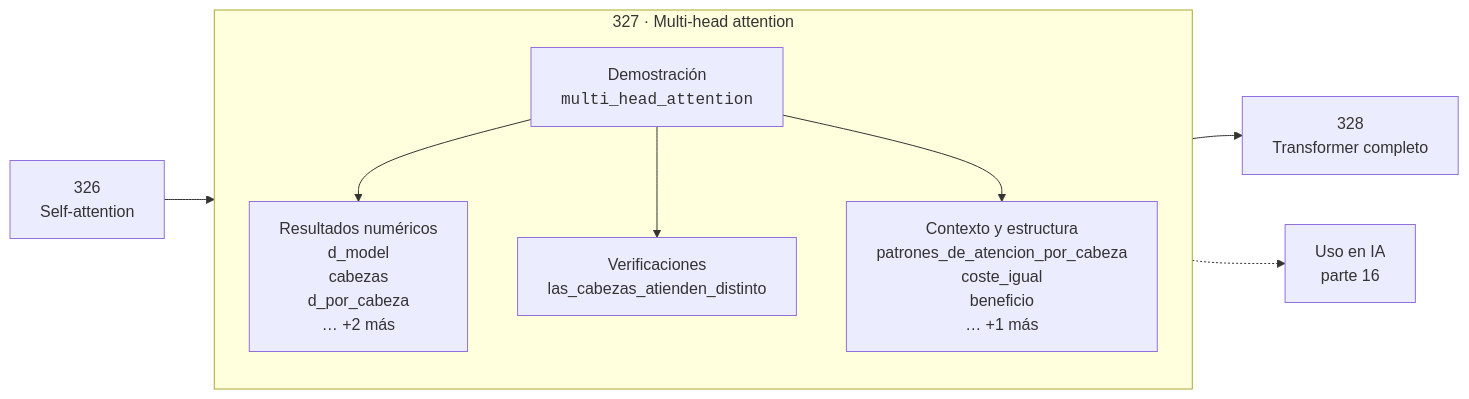
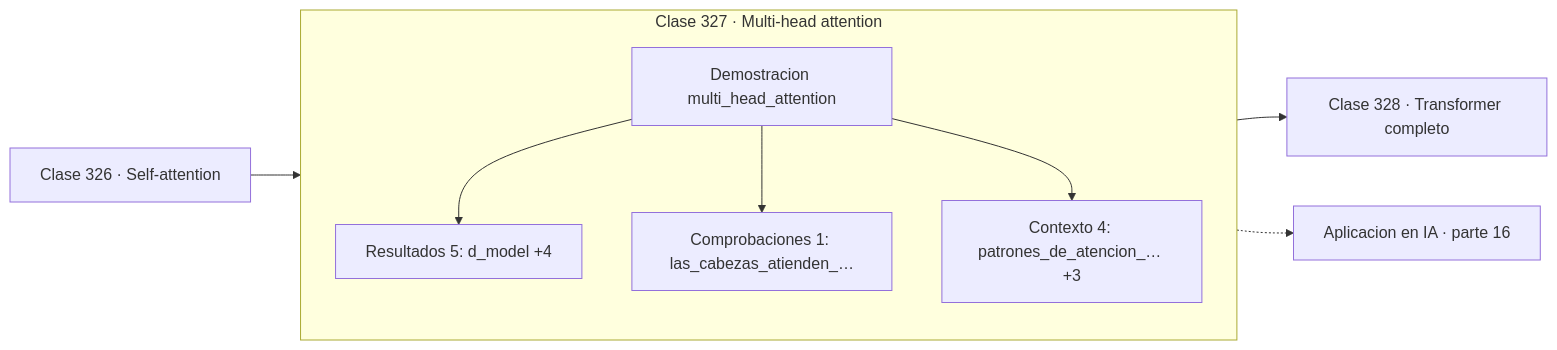
One commit to vladimiracunadev-create/computational-mathematics-program changed the diagram in classes/part-16-matematica-de-transformers-modelos-generativos-grafos-y-rl/327-multi-head-attention/README.md. Above: the diagram before and after it, drawn with Mermaid. The commit also changed 389 other files, not shown here.

First line of the commit message:
fix(diagramas): elimina el HTML de las etiquetas Mermaid

````diff
--- a/classes/part-16-matematica-de-transformers-modelos-generativos-grafos-y-rl/327-multi-head-attention/README.md
+++ b/classes/part-16-matematica-de-transformers-modelos-generativos-grafos-y-rl/327-multi-head-attention/README.md
@@ -30,12 +30,13 @@
 ```mermaid
 flowchart LR
-    P["326<br/>Self-attention"] --> C
-    subgraph C["327 · Multi-head attention"]
+    P["Clase 326 · Self-attention"] --> D
+    subgraph CLASE["Clase 327 · Multi-head attention"]
         direction TB
-        D["Demostración<br/><code>multi_head_attention</code>"] --> R["Resultados numéricos<br/>d_model<br/>cabezas<br/>d_por_cabeza<br/>… +2 más"]
-        D --> V["Verificaciones<br/>las_cabezas_atienden_distinto"]
-        D --> O["Contexto y estructura<br/>patrones_de_atencion_por_cabeza<br/>coste_igual<br/>beneficio<br/>… +1 más"]
+        D["Demostracion multi_head_attention"]
+        D --> R["Resultados 5: d_model +4"]
+        D --> V["Comprobaciones 1: las_cabezas_atienden_…"]
+        D --> O["Contexto 4: patrones_de_atencion_… +3"]
     end
-    C --> N["328<br/>Transformer completo"]
-    C -.-> IA["Uso en IA<br/>parte 16"]
+    R --> N["Clase 328 · Transformer completo"]
+    V -.-> IA["Aplicacion en IA · parte 16"]
 ```
````
